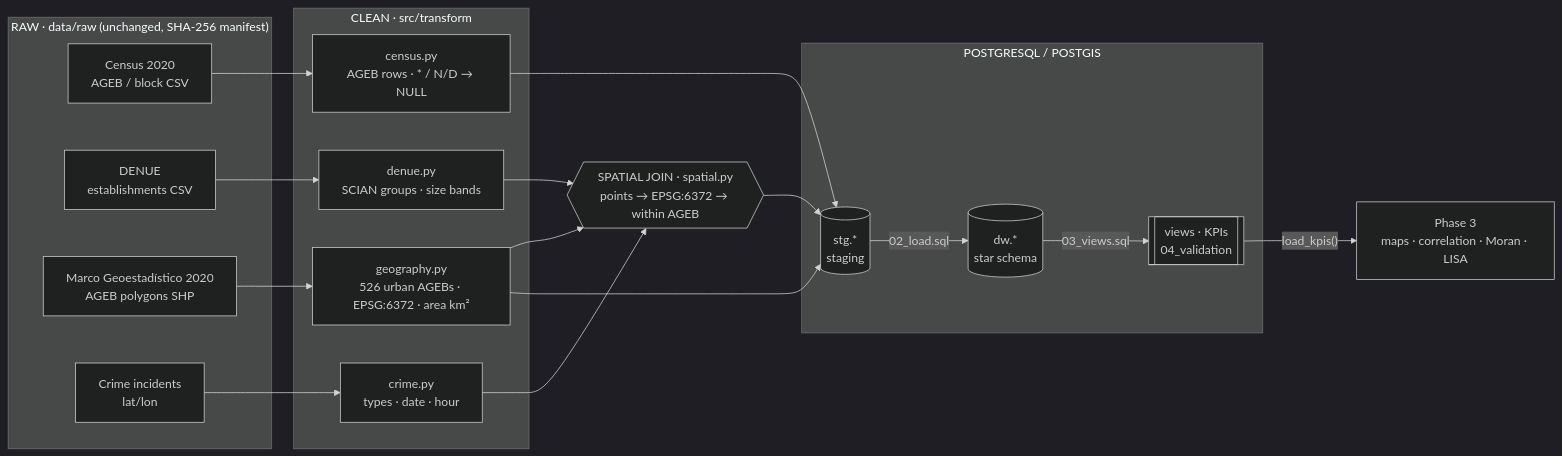
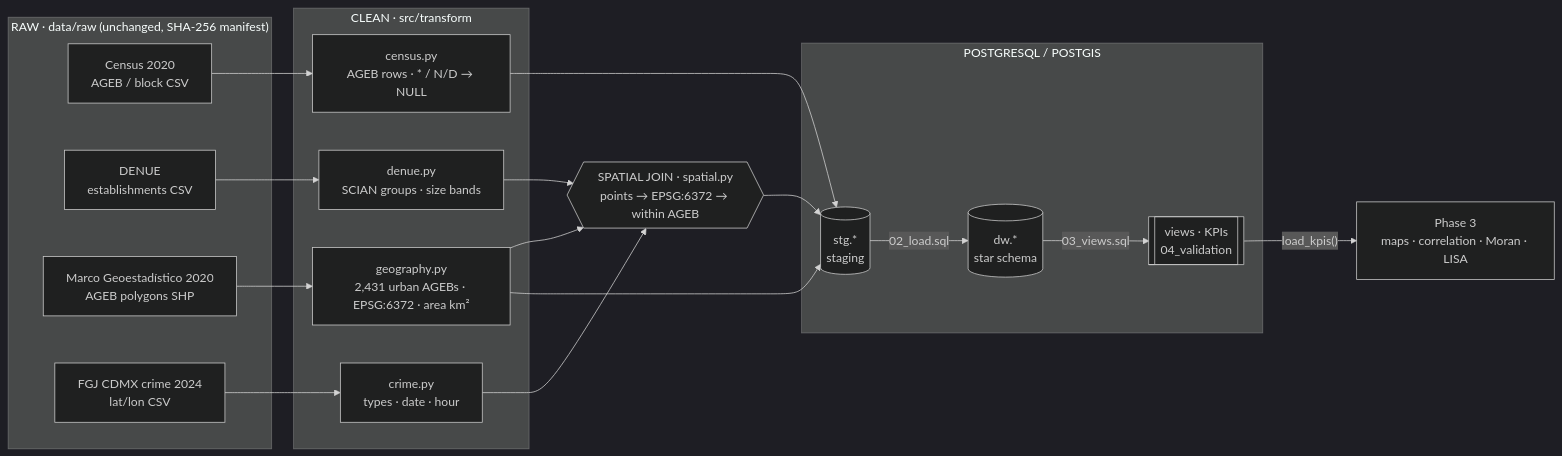
One commit to joseeangel0/merida-urban-intelligence changed the diagram in docs/pipeline.mmd. Above: the diagram before and after it, drawn with Mermaid (dark theme). The commit also changed 6 other files, not shown here.

Commit message:
docs(dw): update README, diagrams and report section for CDMX

```diff
--- a/docs/pipeline.mmd
+++ b/docs/pipeline.mmd
@@ -1,30 +1,30 @@
 flowchart LR
     subgraph RAW["RAW · data/raw (unchanged, SHA-256 manifest)"]
         C["Census 2020<br/>AGEB / block CSV"]
         D["DENUE<br/>establishments CSV"]
         M["Marco Geoestadístico 2020<br/>AGEB polygons SHP"]
-        K["Crime incidents<br/>lat/lon"]
+        K["FGJ CDMX crime 2024<br/>lat/lon CSV"]
     end
     subgraph CLEAN["CLEAN · src/transform"]
-        GEO["geography.py<br/>526 urban AGEBs · EPSG:6372 · area km²"]
+        GEO["geography.py<br/>2,431 urban AGEBs · EPSG:6372 · area km²"]
         CEN["census.py<br/>AGEB rows · * / N/D → NULL"]
         DEN["denue.py<br/>SCIAN groups · size bands"]
         CRI["crime.py<br/>types · date · hour"]
     end
     SJ{{"SPATIAL JOIN · spatial.py<br/>points → EPSG:6372 → within AGEB"}}
     subgraph DB["POSTGRESQL / POSTGIS"]
         STG[("stg.*<br/>staging")]
         DW[("dw.*<br/>star schema")]
         V[["views · KPIs<br/>04_validation"]]
     end
     A["Phase 3<br/>maps · correlation · Moran · LISA"]
 
     M --> GEO
     C --> CEN
     D --> DEN --> SJ
     K --> CRI --> SJ
     GEO --> SJ
     GEO --> STG
     CEN --> STG
     SJ --> STG
     STG -- "02_load.sql" --> DW -- "03_views.sql" --> V -- "load_kpis()" --> A
```
